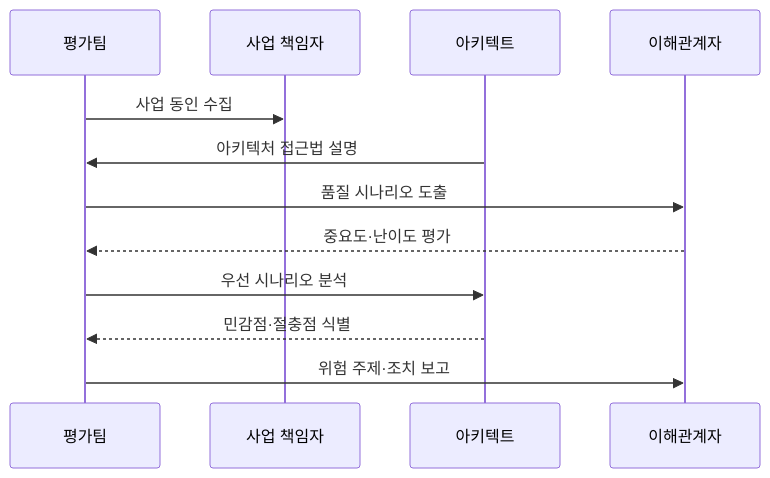
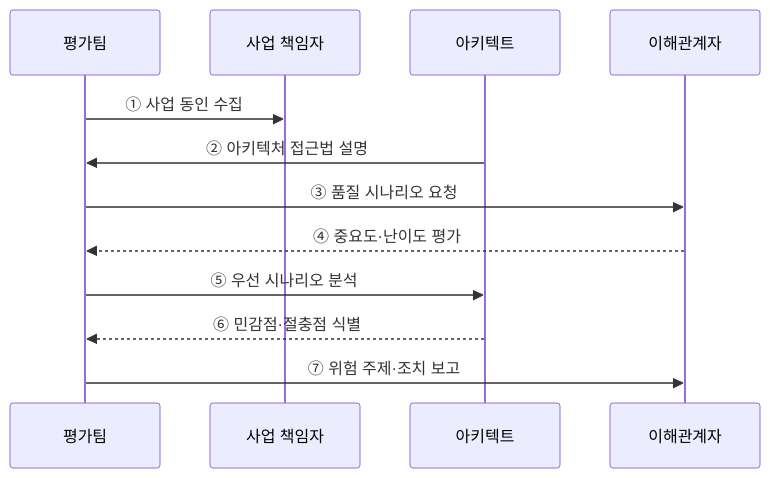
Before and after one commit to agnusdei1207/knowledge-base: the second of 2 diagrams in src/content/docs/notes/03-software/071_atam.md, drawn with Mermaid. The commit also changed other lines of this file and 20 other files, not shown here.

````diff
--- a/src/content/docs/notes/03-software/071_atam.md
+++ b/src/content/docs/notes/03-software/071_atam.md
@@ -80,14 +69,14 @@
 ```mermaid
 sequenceDiagram
     participant E as 평가팀
     participant B as 사업 책임자
     participant A as 아키텍트
     participant S as 이해관계자
-    E->>B: 사업 동인 수집
-    A->>E: 아키텍처 접근법 설명
-    E->>S: 품질 시나리오 도출
-    S-->>E: 중요도·난이도 평가
-    E->>A: 우선 시나리오 분석
-    A-->>E: 민감점·절충점 식별
-    E->>S: 위험 주제·조치 보고
+    E->>B: ① 사업 동인 수집
+    A->>E: ② 아키텍처 접근법 설명
+    E->>S: ③ 품질 시나리오 요청
+    S-->>E: ④ 중요도·난이도 평가
+    E->>A: ⑤ 우선 시나리오 분석
+    A-->>E: ⑥ 민감점·절충점 식별
+    E->>S: ⑦ 위험 주제·조치 보고
 ```
````
